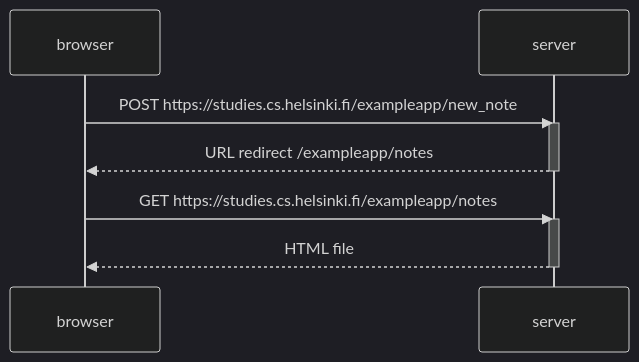
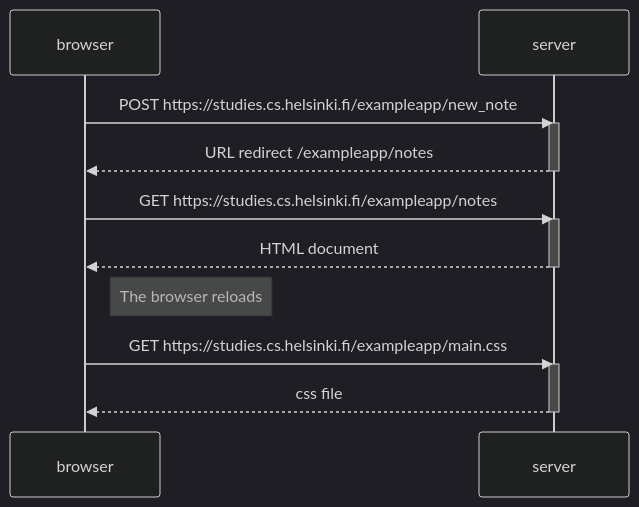
The diagram in part_0/new_note_diagram.md (ngarciaotero/full_stack_open), drawn with Mermaid (dark theme) before and after one commit.

Commit message:
added browser GET HTTP request for main.css file and the server response

````diff
--- a/part_0/new_note_diagram.md
+++ b/part_0/new_note_diagram.md
@@ -1,18 +1,23 @@
 ```mermaid
 sequenceDiagram
     participant browser
     participant server
 
     browser->>server: POST https://studies.cs.helsinki.fi/exampleapp/new_note
     activate server
     server-->>browser: URL redirect /exampleapp/notes
     deactivate server
 
     browser->>server: GET https://studies.cs.helsinki.fi/exampleapp/notes
     activate server
-    server-->>browser: HTML file
+    server-->>browser: HTML document
     deactivate server
 
+    Note right of browser: The browser reloads
 
+    browser->>server: GET https://studies.cs.helsinki.fi/exampleapp/main.css
+    activate server
+    server-->>browser: css file
+    deactivate server
 
 ```
````
